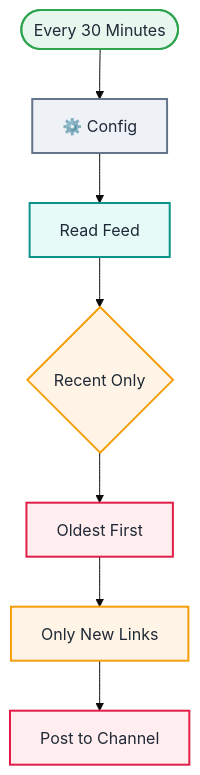
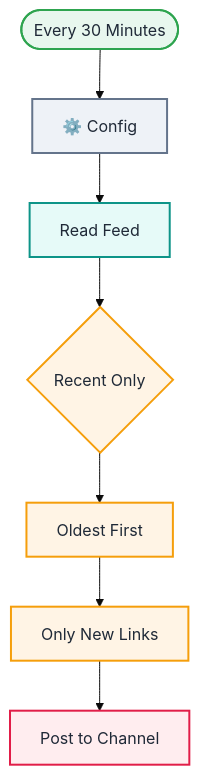
The second of 2 diagrams in workflows/Q08-rss-to-telegram-dedupe/README.md (callme-siva/n8n-knowledge), drawn with Mermaid (base theme) before and after one commit. The commit also changed other lines of this file and 7 other files, not shown here.

````diff
--- a/workflows/Q08-rss-to-telegram-dedupe/README.md
+++ b/workflows/Q08-rss-to-telegram-dedupe/README.md
@@ -54,21 +54,21 @@
 ```mermaid
 flowchart TB
   n0(["Every 30 Minutes"]):::trigger
   n1["⚙️ Config"]:::code
   n2["Read Feed"]:::http
   n3{"Recent Only"}:::logic
-  n4["Oldest First"]:::msg
+  n4["Oldest First"]:::logic
   n5["Only New Links"]:::logic
   n6["Post to Channel"]:::msg
   n0 --> n1
   n1 --> n2
   n2 --> n3
   n3 --> n4
   n4 --> n5
   n5 --> n6
   classDef trigger fill:#E8F7EE,stroke:#2EA44F,stroke-width:2px,color:#1F2937
   classDef logic fill:#FFF4E5,stroke:#F59E0B,stroke-width:2px,color:#1F2937
   classDef code fill:#EEF2F7,stroke:#64748B,stroke-width:2px,color:#1F2937
   classDef http fill:#E6FAF8,stroke:#0D9488,stroke-width:2px,color:#1F2937
   classDef msg fill:#FFEDEF,stroke:#E11D48,stroke-width:2px,color:#1F2937
 ```
````
